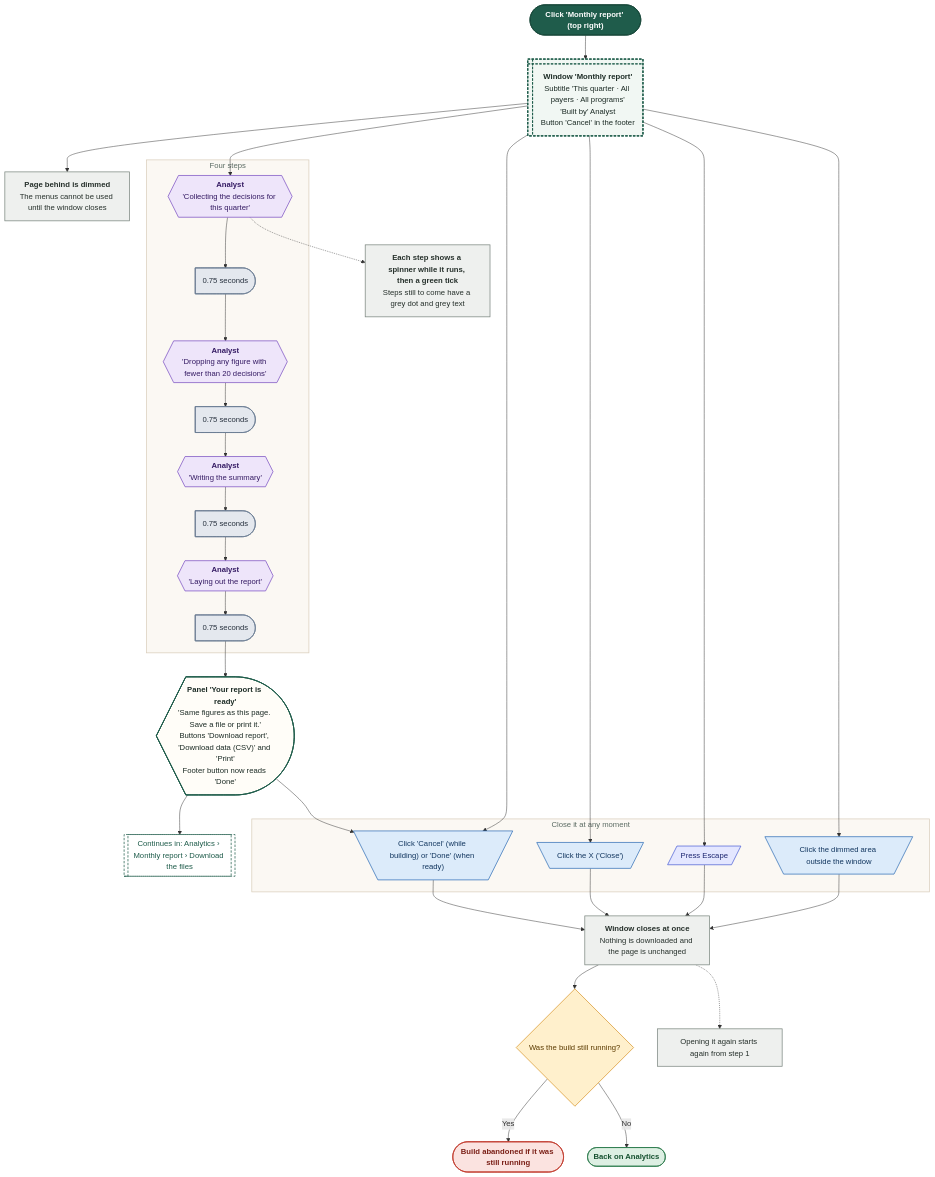
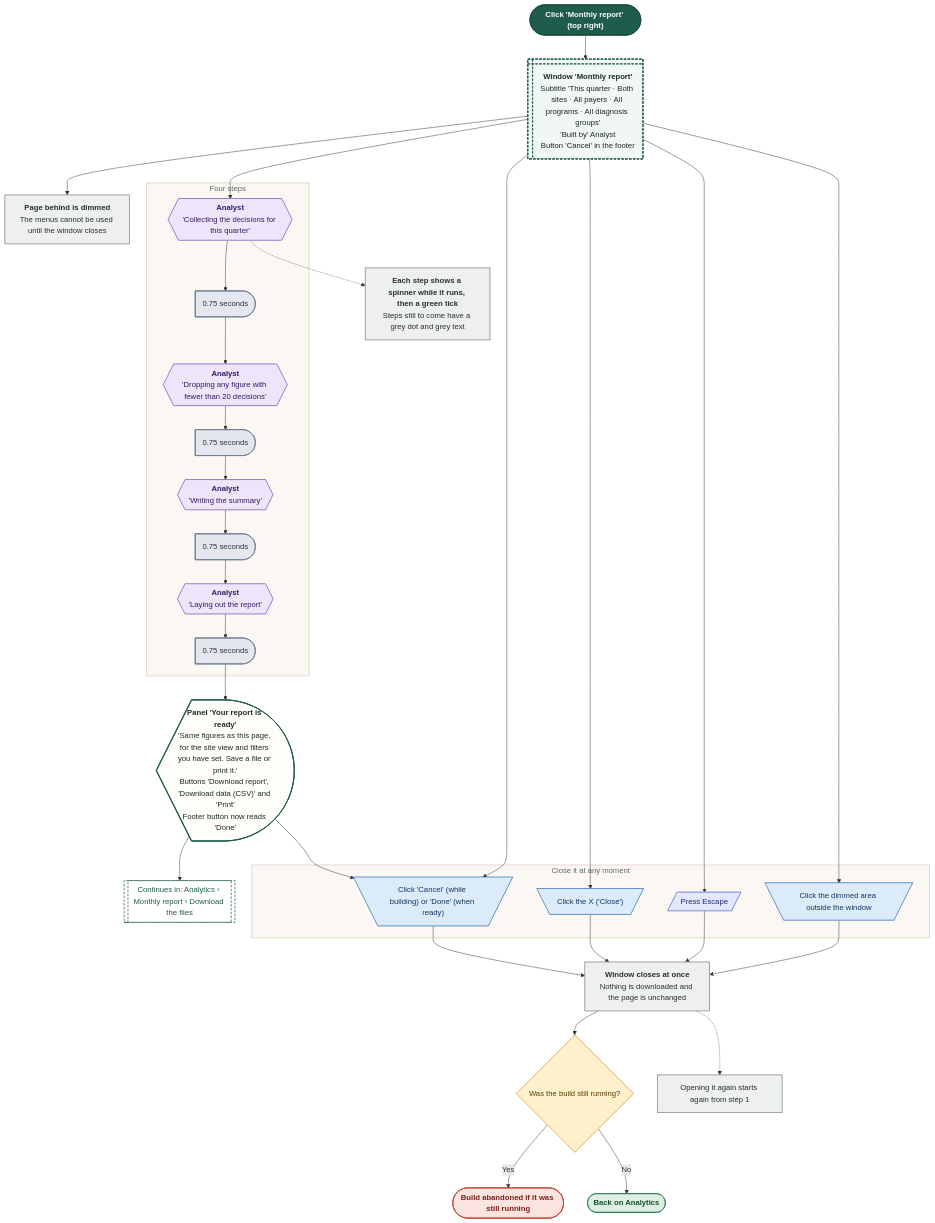
One commit to Shrav143/psyfloapp changed diagram 16 of 18 in demos/prior-auth-demo/workflows/out/md/08-analytics.md. Above: the diagram before and after it, drawn with Mermaid. The commit also changed other lines of this file and 251 other files, not shown here.

First line of the commit message:
docs: rebuild the workflow diagrams (291) for round 4

````diff
--- a/demos/prior-auth-demo/workflows/out/md/08-analytics.md
+++ b/demos/prior-auth-demo/workflows/out/md/08-analytics.md
@@ -746,71 +967,71 @@
 ```mermaid
 %%{init: {"theme":"base","themeVariables":{"fontFamily":"'DM Sans', 'Segoe UI', system-ui, sans-serif","fontSize":"15px","lineColor":"#5B6B63","primaryTextColor":"#1C2B25","clusterBkg":"#FBF8F3","clusterBorder":"#D9CDBB","edgeLabelBackground":"#FFFFFF"},"flowchart":{"curve":"basis","nodeSpacing":36,"rankSpacing":48,"padding":12,"htmlLabels":true,"useMaxWidth":false,"wrappingWidth":230}} }%%
 flowchart TD
   classDef k_start fill:#1F5C4B,stroke:#174638,color:#FFFFFF,stroke-width:1.5px,font-weight:600
   classDef k_end fill:#DDEFE3,stroke:#2E7D4F,color:#14502F,stroke-width:1.5px,font-weight:600
   classDef k_endx fill:#FBE3E0,stroke:#C0392B,color:#7A1F16,stroke-width:1.5px,font-weight:600
   classDef k_screen fill:#FFFDF8,stroke:#1F5C4B,color:#1C2B25,stroke-width:2px
   classDef k_overlay fill:#F1F7F3,stroke:#1F5C4B,color:#1C2B25,stroke-width:2px,stroke-dasharray:5 3
   classDef k_click fill:#DCEBFA,stroke:#2F6DB5,color:#12365F,stroke-width:1.5px
   classDef k_input fill:#E4E7FF,stroke:#4C5FD5,color:#1D2670,stroke-width:1.5px
   classDef k_process fill:#EEF0EE,stroke:#7A857F,color:#26302B,stroke-width:1.5px
   classDef k_agent fill:#EEE5FA,stroke:#7A4FC2,color:#341A63,stroke-width:1.5px
   classDef k_decision fill:#FFF0CC,stroke:#D9962B,color:#5C3B00,stroke-width:1.5px
   classDef k_store fill:#D5F0EA,stroke:#1C8E7B,color:#0B4A3F,stroke-width:1.5px
   classDef k_doc fill:#F6E9DC,stroke:#B07A4C,color:#4A2E14,stroke-width:1.5px
   classDef k_ext fill:#FFE6D2,stroke:#E07B39,color:#6B2F06,stroke-width:1.5px
   classDef k_wait fill:#E4E8EE,stroke:#6B7C93,color:#26303D,stroke-width:1.5px
   classDef k_toast fill:#FFF9DB,stroke:#C9A400,color:#5A4A00,stroke-width:1.5px
   classDef k_goto fill:#FFFFFF,stroke:#1F5C4B,color:#1F5C4B,stroke-width:1.5px,stroke-dasharray:5 3
   s1@{ shape: stadium, label: "Click 'Monthly report' (top right)" }
-  o1@{ shape: win-pane, label: "<b>Window 'Monthly report'</b><br/>Subtitle 'This quarter · All payers · All programs'<br/>'Built by' Analyst<br/>Button 'Cancel' in the footer" }
+  o1@{ shape: win-pane, label: "<b>Window 'Monthly report'</b><br/>Subtitle 'This quarter · Both sites · All payers · All programs · All diagnosis groups'<br/>'Built by' Analyst<br/>Button 'Cancel' in the footer" }
   p0@{ shape: rect, label: "<b>Page behind is dimmed</b><br/>The menus cannot be used until the window closes" }
   subgraph gSteps ["Four steps"]
   a1@{ shape: hex, label: "<b>Analyst</b><br/>'Collecting the decisions for this quarter'" }
   w1@{ shape: delay, label: "0.75 seconds" }
   a2@{ shape: hex, label: "<b>Analyst</b><br/>'Dropping any figure with fewer than 20 decisions'" }
   w2@{ shape: delay, label: "0.75 seconds" }
   a3@{ shape: hex, label: "<b>Analyst</b><br/>'Writing the summary'" }
   w3@{ shape: delay, label: "0.75 seconds" }
   a4@{ shape: hex, label: "<b>Analyst</b><br/>'Laying out the report'" }
   w4@{ shape: delay, label: "0.75 seconds" }
   end
   p1@{ shape: rect, label: "<b>Each step shows a spinner while it runs, then a green tick</b><br/>Steps still to come have a grey dot and grey text" }
-  r1@{ shape: curv-trap, label: "<b>Panel 'Your report is ready'</b><br/>'Same figures as this page. Save a file or print it.'<br/>Buttons 'Download report', 'Download data (CSV)' and 'Print'<br/>Footer button now reads 'Done'" }
+  r1@{ shape: curv-trap, label: "<b>Panel 'Your report is ready'</b><br/>'Same figures as this page, for the site view and filters you have set. Save a file or print it.'<br/>Buttons 'Download report', 'Download data (CSV)' and 'Print'<br/>Footer button now reads 'Done'" }
   subgraph gClose ["Close it at any moment"]
   c1@{ shape: trap-t, label: "Click 'Cancel' (while building) or 'Done' (when ready)" }
   c2@{ shape: trap-t, label: "Click the X ('Close')" }
   k1@{ shape: lean-r, label: "Press Escape" }
   c3@{ shape: trap-t, label: "Click the dimmed area outside the window" }
   end
   p2@{ shape: rect, label: "<b>Window closes at once</b><br/>Nothing is downloaded and the page is unchanged" }
   p3@{ shape: rect, label: "Opening it again starts again from step 1" }
   q1@{ shape: diam, label: "Was the build still running?" }
   e1@{ shape: stadium, label: "Build abandoned if it was still running" }
   e2@{ shape: stadium, label: "Back on Analytics" }
   g1@{ shape: subproc, label: "Continues in: Analytics › Monthly report › Download the files" }
   s1 --> o1 --> p0
   o1 --> a1 --> w1 --> a2 --> w2 --> a3 --> w3 --> a4 --> w4 --> r1
   a1 -.-> p1
   r1 --> g1
   o1 --> c1 & c2 & k1 & c3
   r1 --> c1
   c1 & c2 & k1 & c3 --> p2 --> q1
   p2 -.-> p3
   q1 -->|"Yes"| e1
   q1 -->|"No"| e2
   class s1 k_start
   class o1 k_overlay
   class p0,p1,p2,p3 k_process
   class a1,a2,a3,a4 k_agent
   class w1,w2,w3,w4 k_wait
   class r1 k_screen
   class c1,c2,c3 k_click
   class k1 k_input
   class q1 k_decision
   class e1 k_endx
   class e2 k_end
   class g1 k_goto
   style gSteps fill:#FBF8F3,stroke:#D9CDBB,stroke-width:1.5px,color:#5B6B63
   style gClose fill:#FBF8F3,stroke:#D9CDBB,stroke-width:1.5px,color:#5B6B63
 ```
````
